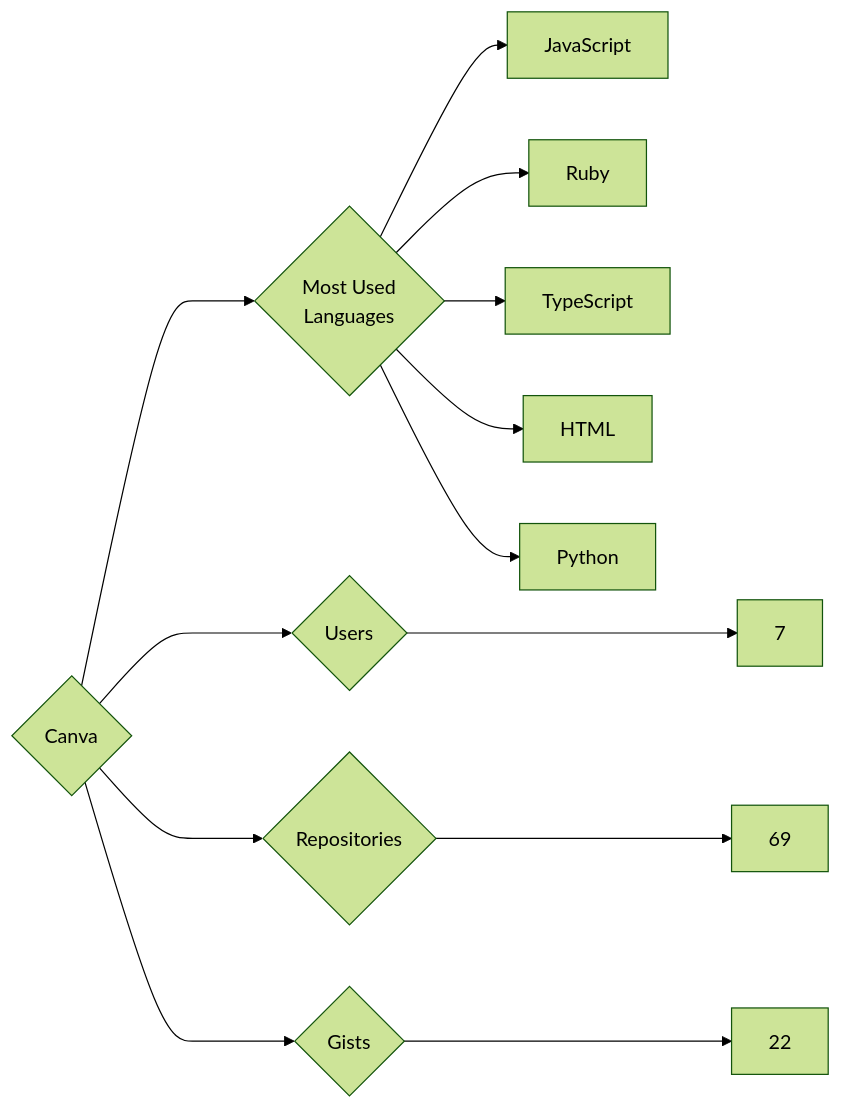
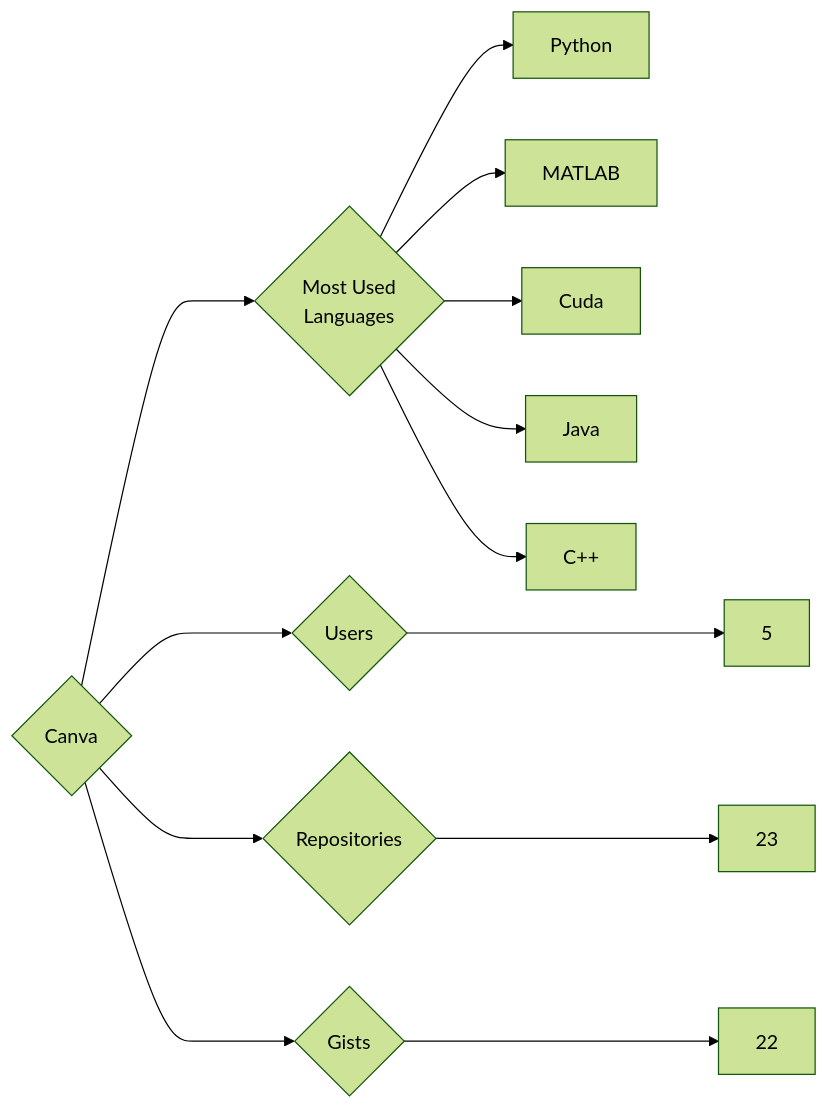
The diagram in targets/Canva/README.md (trickest/insiders), drawn with Mermaid (forest theme) before and after one commit. The commit also changed 1170 other files, not shown here.

````diff
--- a/targets/Canva/README.md
+++ b/targets/Canva/README.md
@@ -3,13 +3,13 @@
 ```mermaid
 graph LR
 COMPANY_NAME{Canva}
-COMPANY_NAME ---> U{Users} ---> UN[7]
-COMPANY_NAME ---> R{Repositories} ---> RN[69]
+COMPANY_NAME ---> U{Users} ---> UN[5]
+COMPANY_NAME ---> R{Repositories} ---> RN[23]
 COMPANY_NAME ---> G{Gists} ---> GN[22]
 COMPANY_NAME ---> ML{Most Used<br>Languages}
-ML --> JavaScript[JavaScript]
-ML --> Ruby[Ruby]
-ML --> TypeScript[TypeScript]
-ML --> HTML[HTML]
 ML --> Python[Python]
+ML --> MATLAB[MATLAB]
+ML --> Cuda[Cuda]
+ML --> Java[Java]
+ML --> C++[C++]
 ```
````
